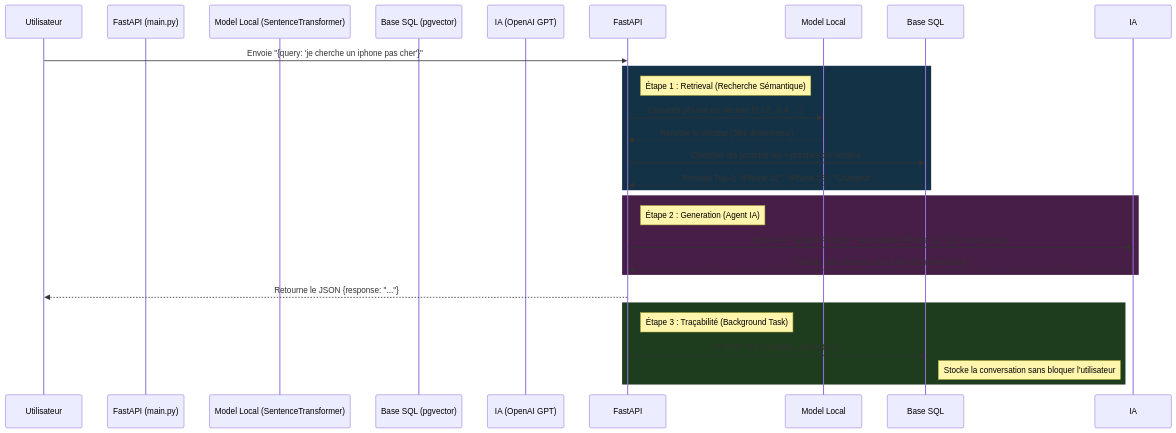
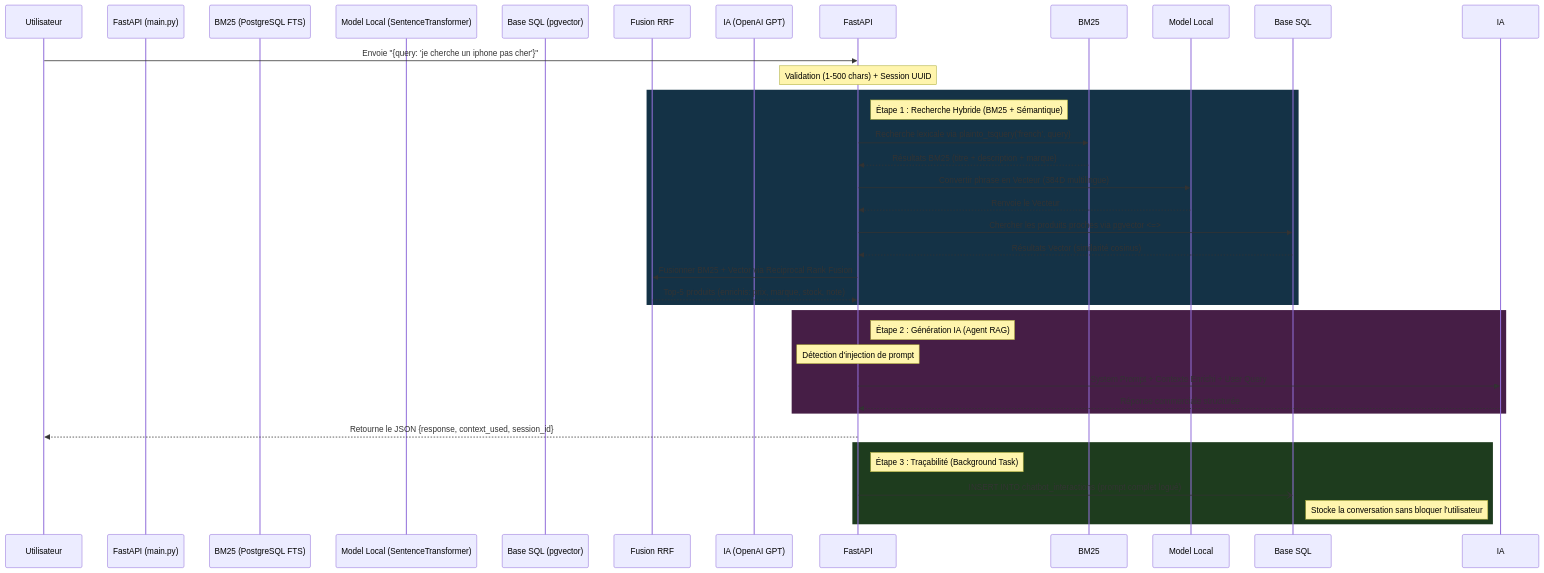
Before and after one commit to Nourhenebenothmen22/smart-ecommerce-platform: the diagram in ml/docs/CHATBOT_PIPELINE.md, drawn with Mermaid. The commit also changed other lines of this file and 1 other file, not shown here.

Commit message:
docs: add RAG chatbot pipeline architecture guide and similarity evaluation script

````diff
--- a/ml/docs/CHATBOT_PIPELINE.md
+++ b/ml/docs/CHATBOT_PIPELINE.md
@@ -13,32 +13,44 @@
 ```mermaid
 sequenceDiagram
     participant Utilisateur
     participant FastAPI (main.py)
+    participant BM25 (PostgreSQL FTS)
     participant Model Local (SentenceTransformer)
     participant Base SQL (pgvector)
+    participant Fusion RRF
     participant IA (OpenAI GPT)
     
     Utilisateur->>FastAPI: Envoie "{query: 'je cherche un iphone pas cher'}"
     
+    Note over FastAPI: Validation (1-500 chars) + Session UUID
+    
     rect rgb(20, 50, 70)
-    note right of FastAPI: Étape 1 : Retrieval (Recherche Sémantique)
-    FastAPI->>Model Local: Convertir phrase en Vecteur [0.12, -0.4, ...]
-    Model Local-->>FastAPI: Renvoie le Vecteur (384 dimensions)
-    FastAPI->>Base SQL: Chercher les produits les + proches du Vecteur
-    Base SQL-->>FastAPI: Renvoie Top-3: "iPhone 12", "iPhone 13", "Chargeur"
+    note right of FastAPI: Étape 1 : Recherche Hybride (BM25 + Sémantique)
+    
+    FastAPI->>BM25: Recherche lexicale via plainto_tsquery('french', query)
+    BM25-->>FastAPI: Résultats BM25 (titre + description + marque)
+    
+    FastAPI->>Model Local: Convertir phrase en Vecteur (384D multilingue)
+    Model Local-->>FastAPI: Renvoie le Vecteur
+    FastAPI->>Base SQL: Chercher les produits proches via pgvector <=>
+    Base SQL-->>FastAPI: Résultats Vector (similarité cosinus)
+    
+    FastAPI->>Fusion RRF: Fusionner BM25 + Vector via Reciprocal Rank Fusion
+    Fusion RRF-->>FastAPI: Top-5 produits (enrichis: prix, marque, stock, note)
     end
     
     rect rgb(70, 30, 70)
-    note right of FastAPI: Étape 2 : Generation (Agent IA)
-    FastAPI->>IA: Envoie le "System Prompt" + le contexte [iPhone 12, 13] + User Query
-    IA-->>FastAPI: Génère une réponse structurée et commerciale
+    note right of FastAPI: Étape 2 : Génération IA (Agent RAG)
+    Note over FastAPI: Détection d'injection de prompt
+    FastAPI->>IA: System Prompt + Contexte Enrichi + User Query
+    IA-->>FastAPI: Réponse commerciale structurée
     end
     
-    FastAPI-->>Utilisateur: Retourne le JSON {response: "..."}
+    FastAPI-->>Utilisateur: Retourne le JSON {response, context_used, session_id}
     
     rect rgb(30, 60, 30)
     note right of FastAPI: Étape 3 : Traçabilité (Background Task)
-    FastAPI-)Base SQL: INSERT INTO chatbot_interactions
+    FastAPI-)Base SQL: INSERT INTO chatbot_interactions (prompt complet logué)
     note right of Base SQL: Stocke la conversation sans bloquer l'utilisateur
     end
 ```
````
